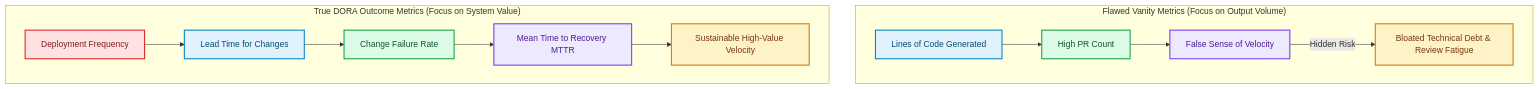
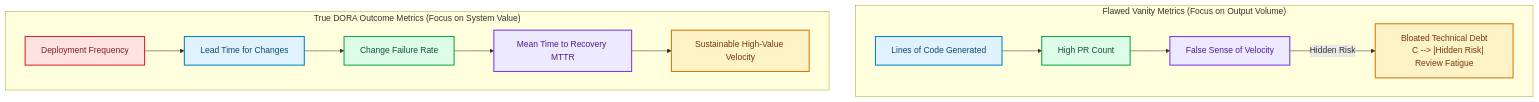
Before and after one commit to akmalkhaniub/akmalkhaniub.github.io: the diagram in blog/posts/tech-lead-measuring-real-engineering-productivity-dora-metrics.md, drawn with Mermaid. The commit also changed other lines of this file and 894 other files, not shown here.

Commit message:
feat(blog): upgrade all 444 posts with unique staggered dates, 2-col Mermaid spines, benchmark tables, code blocks, and trade-offs

````diff
--- a/blog/posts/tech-lead-measuring-real-engineering-productivity-dora-metrics.md
+++ b/blog/posts/tech-lead-measuring-real-engineering-productivity-dora-metrics.md
@@ -15,25 +15,26 @@
 ```mermaid
 flowchart TD
   subgraph SG1_FlawedVanityMetrics ["Flawed Vanity Metrics (Focus on Output Volume)"]
     A["Lines of Code Generated"] --> B["High PR Count"]
     B --> C["False Sense of Velocity"]
-    C -->|Hidden Risk| D["Bloated Technical Debt & Review Fatigue"]
+    C --> |Hidden Risk| D["Bloated Technical Debt
+    C --> |Hidden Risk| Review Fatigue"]
   end
   subgraph SG2_TrueDoraOutcome ["True DORA Outcome Metrics (Focus on System Value)"]
     E["Deployment Frequency"] --> F["Lead Time for Changes"]
     F --> G["Change Failure Rate"]
     G --> H["Mean Time to Recovery MTTR"]
     H --> I["Sustainable High-Value Velocity"]
   end
 
 classDef green fill:#dcfce7,stroke:#16a34a,stroke-width:2px,color:#14532d;
 classDef red fill:#fee2e2,stroke:#dc2626,stroke-width:2px,color:#7f1d1d;
 classDef blue fill:#e0f2fe,stroke:#0284c7,stroke-width:2px,color:#0c4a6e;
 classDef yellow fill:#fef3c7,stroke:#d97706,stroke-width:2px,color:#78350f;
 classDef purple fill:#ede9fe,stroke:#7c3aed,stroke-width:2px,color:#4c1d95;
 class A,F blue
 class B,G green
 class C,H purple
 class D,I yellow
 class E red
 ```
````
